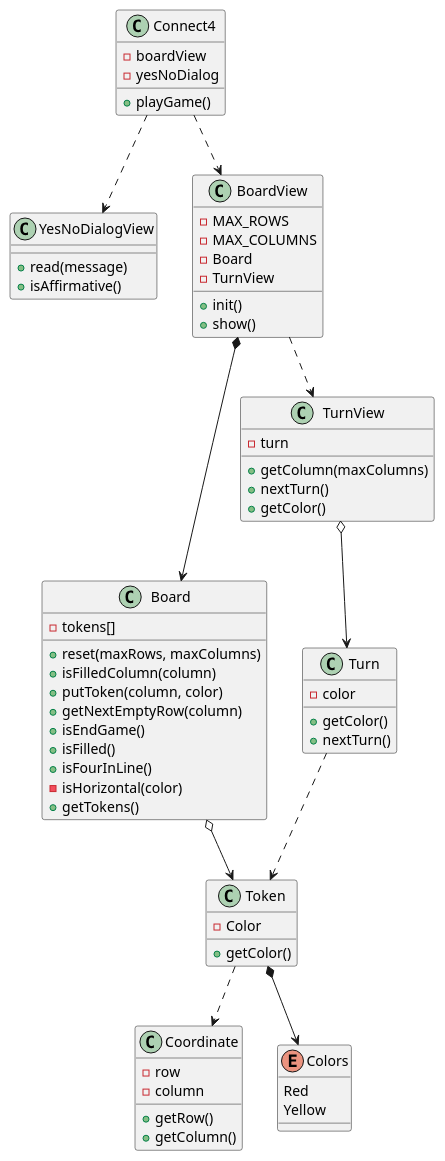
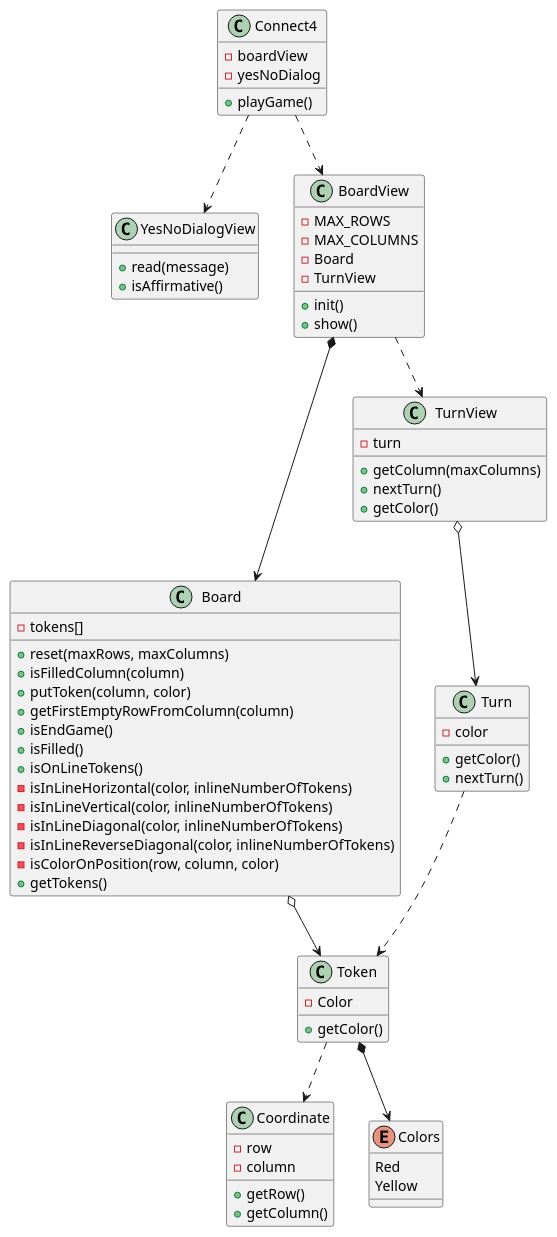
The diagram in UML/softwareModel.puml (jumpering/connect4), drawn with PlantUML before and after one commit. The commit also changed 2 other files, not shown here.

```diff
--- a/UML/softwareModel.puml
+++ b/UML/softwareModel.puml
@@ -1,74 +1,78 @@
 @startuml
 
 class Connect4{
     - boardView
     - yesNoDialog
     + playGame()
 }
 class YesNoDialogView{
     + read(message)
     + isAffirmative()
 }
 class Board{
     - tokens[]
     + reset(maxRows, maxColumns)
     + isFilledColumn(column)
     + putToken(column, color)
-    + getNextEmptyRow(column)
+    + getFirstEmptyRowFromColumn(column)
     + isEndGame()
     + isFilled()
-    + isFourInLine()
-    - isHorizontal(color)
+    + isOnLineTokens()
+    - isInLineHorizontal(color, inlineNumberOfTokens)
+    - isInLineVertical(color, inlineNumberOfTokens)
+    - isInLineDiagonal(color, inlineNumberOfTokens)
+    - isInLineReverseDiagonal(color, inlineNumberOfTokens)
+    - isColorOnPosition(row, column, color)
     + getTokens()
 }
 class BoardView{
     - MAX_ROWS
     - MAX_COLUMNS
     - Board
     - TurnView
     + init()
     + show()
 }
 class Coordinate{
     - row
     - column
     + getRow()
     + getColumn()
 }
 class Token{
     - Color
     + getColor()
 }
 class TurnView{
     - turn
     + getColumn(maxColumns)
     + nextTurn()
     + getColor()
 }
 
 class Turn{
     - color
     + getColor()
     + nextTurn()
 }
 
 enum Colors{
 Red
 Yellow
 }
 
 Connect4 ..> BoardView
 Connect4 ..> YesNoDialogView
 
 BoardView *--> Board
 BoardView ..> TurnView
 TurnView o--> Turn
 
 Board o--> Token
 
 Turn ..> Token
 
 
 Token *--> Colors
 Token ..> Coordinate
 @enduml
```
